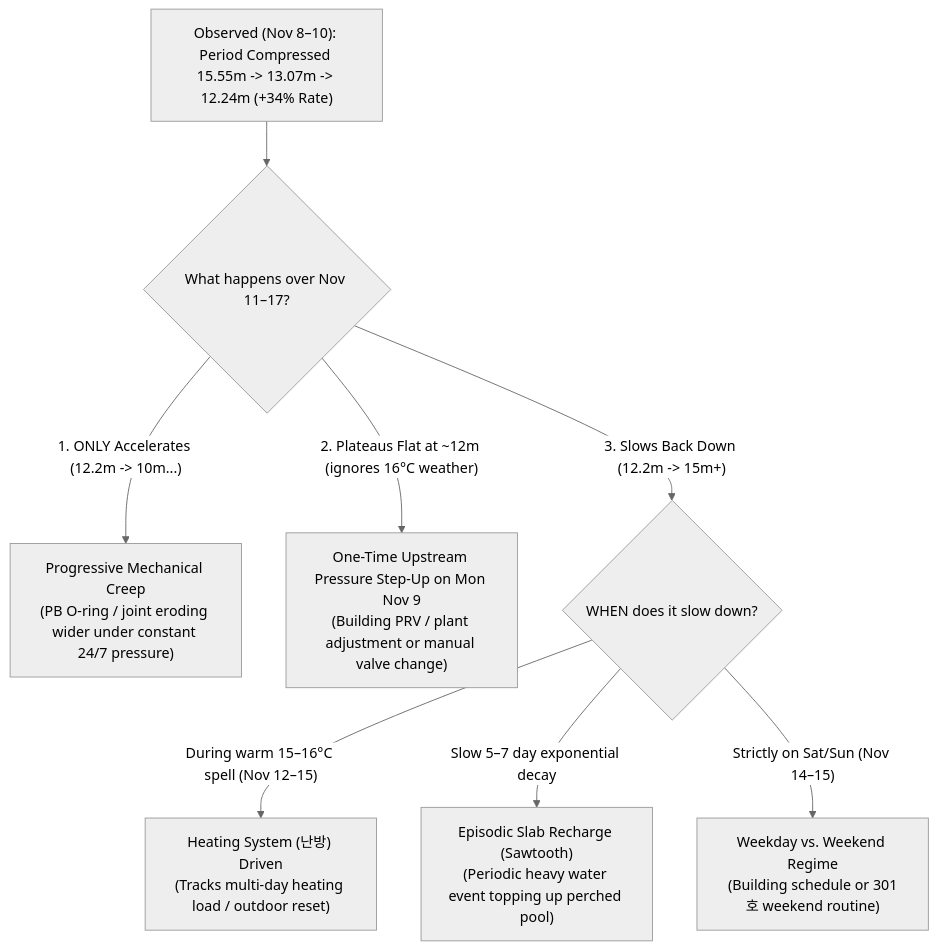
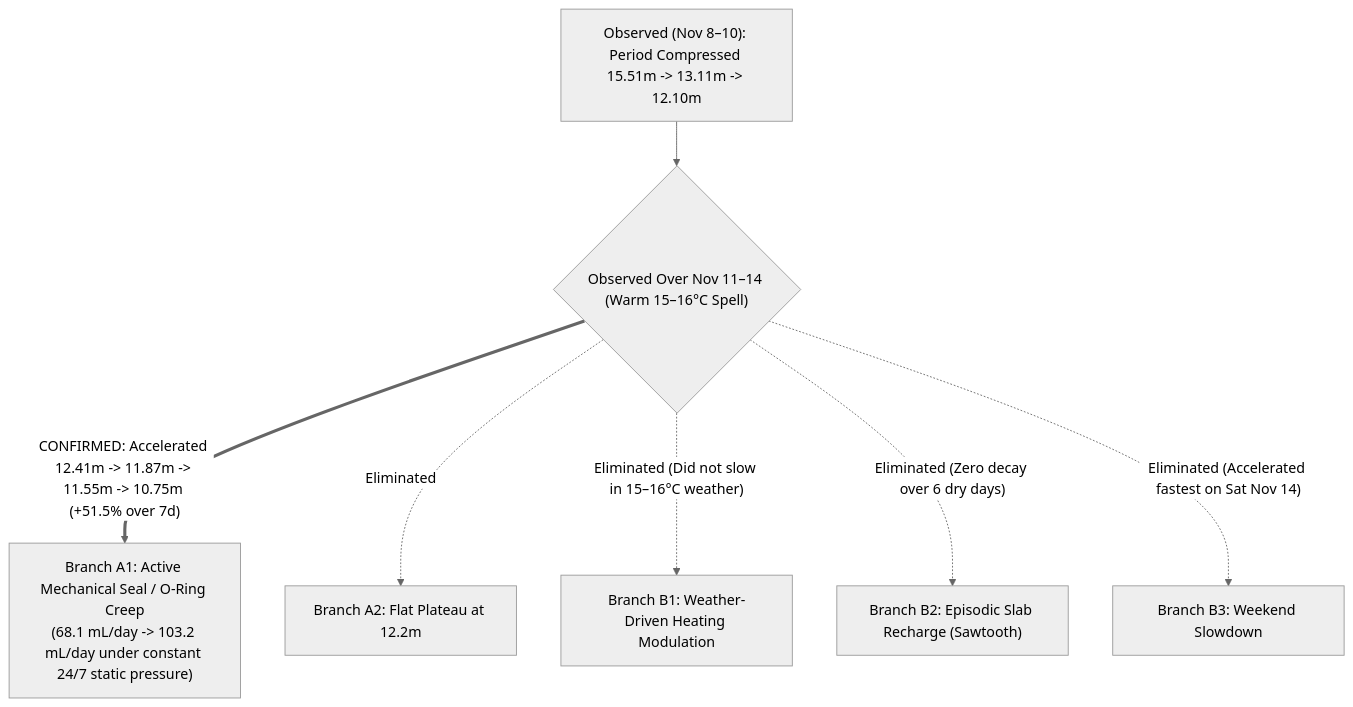
One commit to bart78/DripMeter changed the diagram in FORENSICS.md. Above: the diagram before and after it, drawn with Mermaid (neutral theme). The commit also changed other lines of this file and 9 other files, not shown here.

````diff
--- a/FORENSICS.md
+++ b/FORENSICS.md
@@ -27,10 +29,9 @@
 ```mermaid
 flowchart TD
-    A["Observed (Nov 8–10): Period Compressed 15.55m -> 13.07m -> 12.24m (+34% Rate)"] --> B{"What happens over Nov 11–17?"}
-    B -->|"1. ONLY Accelerates (12.2m -> 10m...)"| C["Progressive Mechanical Creep<br/>(PB O-ring / joint eroding wider under constant 24/7 pressure)"]
-    B -->|"2. Plateaus Flat at ~12m (ignores 16°C weather)"| D["One-Time Upstream Pressure Step-Up on Mon Nov 9<br/>(Building PRV / plant adjustment or manual valve change)"]
-    B -->|"3. Slows Back Down (12.2m -> 15m+)"| E{"WHEN does it slow down?"}
-    E -->|"During warm 15–16°C spell (Nov 12–15)"| F["Heating System (난방) Driven<br/>(Tracks multi-day heating load / outdoor reset)"]
-    E -->|"Slow 5–7 day exponential decay"| G["Episodic Slab Recharge (Sawtooth)<br/>(Periodic heavy water event topping up perched pool)"]
-    E -->|"Strictly on Sat/Sun (Nov 14–15)"| H["Weekday vs. Weekend Regime<br/>(Building schedule or 301호 weekend routine)"]
+    A["Observed (Nov 8–10): Period Compressed 15.51m -> 13.11m -> 12.10m"] --> B{"Observed Over Nov 11–14 (Warm 15–16°C Spell)"}
+    B ==>|"CONFIRMED: Accelerated 12.41m -> 11.87m -> 11.55m -> 10.75m (+51.5% over 7d)"| C["Branch A1: Active Mechanical Seal / O-Ring Creep<br/>(68.1 mL/day -> 103.2 mL/day under constant 24/7 static pressure)"]
+    B -.->|"Eliminated"| D["Branch A2: Flat Plateau at 12.2m"]
+    B -.->|"Eliminated (Did not slow in 15–16°C weather)"| E["Branch B1: Weather-Driven Heating Modulation"]
+    B -.->|"Eliminated (Zero decay over 6 dry days)"| F["Branch B2: Episodic Slab Recharge (Sawtooth)"]
+    B -.->|"Eliminated (Accelerated fastest on Sat Nov 14)"| G["Branch B3: Weekend Slowdown"]
 ```
````
